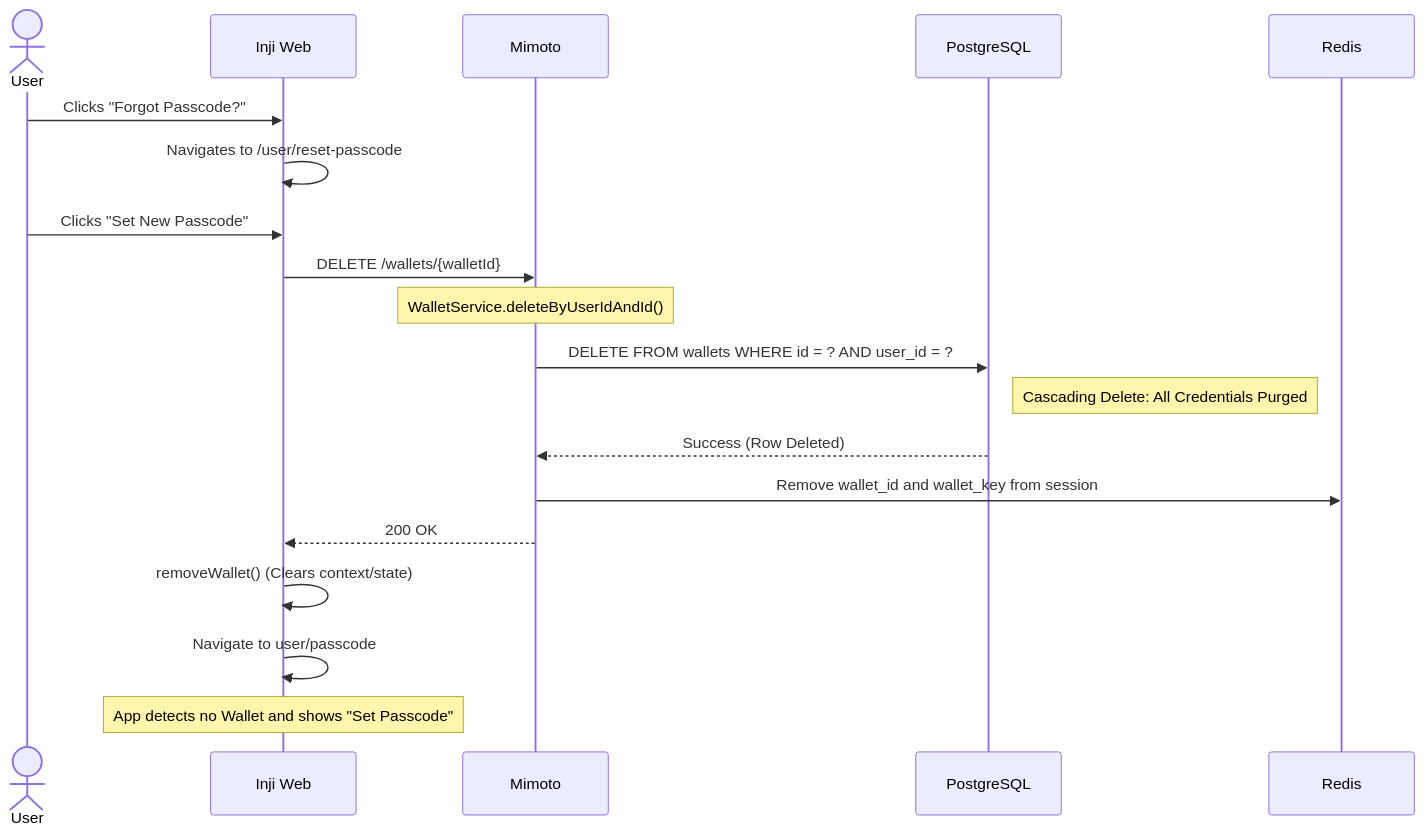
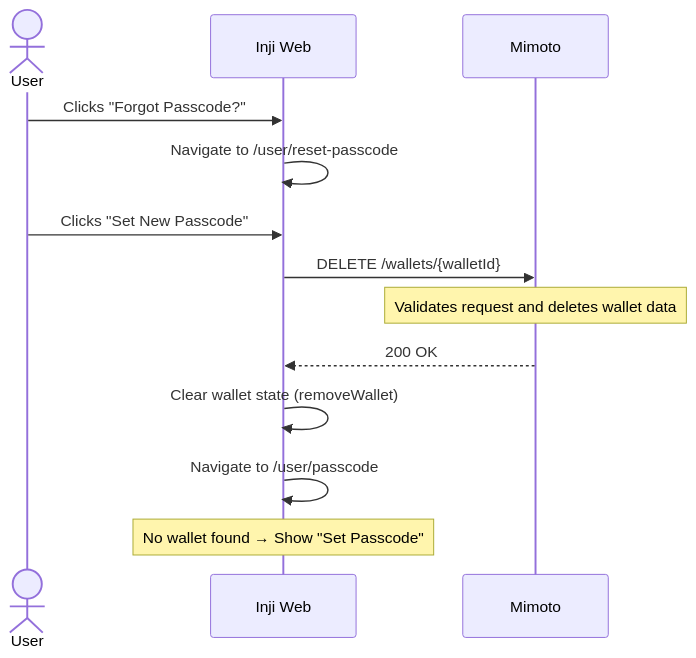
The diagram in docs/ForgotPasscodeFlow.md (inji/inji-web), drawn with Mermaid before and after one commit. The commit also changed other lines of this file and 2 other files, not shown here.

Commit message:
docs(inji-web) made the backend details generic and moved a few sections to mimoto documentation

````diff
--- a/docs/ForgotPasscodeFlow.md
+++ b/docs/ForgotPasscodeFlow.md
@@ -55,28 +52,21 @@
 ```mermaid
 sequenceDiagram
     actor User
-    participant UI as Inji Web 
-    participant Mimoto as Mimoto 
-    participant DB as PostgreSQL
-    participant Redis as Redis 
+    participant UI as Inji Web
+    participant Mimoto as Mimoto
 
     User->>UI: Clicks "Forgot Passcode?"
-    UI->>UI: Navigates to /user/reset-passcode
+    UI->>UI: Navigate to /user/reset-passcode
+
     User->>UI: Clicks "Set New Passcode"
-    
     UI->>Mimoto: DELETE /wallets/{walletId}
-    
-    Note over Mimoto: WalletService.deleteByUserIdAndId()
-    
-    Mimoto->>DB: DELETE FROM wallets WHERE id = ? AND user_id = ?
-    Note right of DB: Cascading Delete: All Credentials Purged
-    DB-->>Mimoto: Success (Row Deleted)
-    
-    Mimoto->>Redis: Remove wallet_id and wallet_key from session
+
+    Note over Mimoto: Validates request and deletes wallet data
+
     Mimoto-->>UI: 200 OK
-    
-    UI->>UI: removeWallet() (Clears context/state)
-    UI->>UI: Navigate to user/passcode
-    
-    Note over UI: App detects no Wallet and shows "Set Passcode"
+
+    UI->>UI: Clear wallet state (removeWallet)
+    UI->>UI: Navigate to /user/passcode
+
+    Note over UI: No wallet found → Show "Set Passcode"
 ```
````
